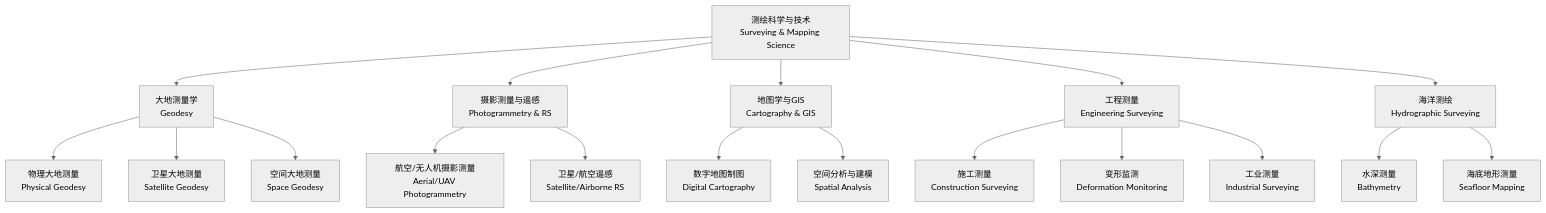
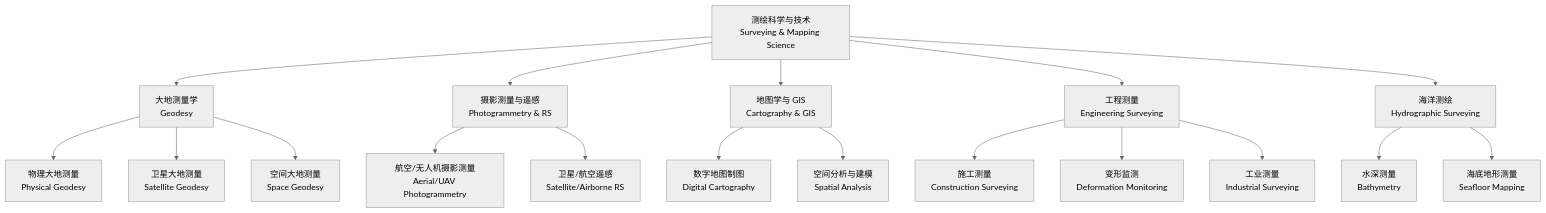
The diagram in 04_EngineeringAndTechnology/SurveyingAndMappingScience/SurveyingAndMappingScience.md (Tianshang301/TianshangKnowledgeBase), drawn with Mermaid (neutral theme) before and after one commit. The commit also changed other lines of this file and 2257 other files, not shown here.

````diff
--- a/04_EngineeringAndTechnology/SurveyingAndMappingScience/SurveyingAndMappingScience.md
+++ b/04_EngineeringAndTechnology/SurveyingAndMappingScience/SurveyingAndMappingScience.md
@@ -14,20 +16,20 @@
 ```mermaid
 graph TD
   A[测绘科学与技术<br/>Surveying & Mapping Science] --> B[大地测量学<br/>Geodesy]
   A --> C[摄影测量与遥感<br/>Photogrammetry & RS]
-  A --> D[地图学与GIS<br/>Cartography & GIS]
+  A --> D[地图学与 GIS<br/>Cartography & GIS]
   A --> E[工程测量<br/>Engineering Surveying]
   A --> F[海洋测绘<br/>Hydrographic Surveying]
   B --> G[物理大地测量<br/>Physical Geodesy]
   B --> H[卫星大地测量<br/>Satellite Geodesy]
   B --> I[空间大地测量<br/>Space Geodesy]
   C --> J[航空/无人机摄影测量<br/>Aerial/UAV Photogrammetry]
   C --> K[卫星/航空遥感<br/>Satellite/Airborne RS]
   D --> L[数字地图制图<br/>Digital Cartography]
   D --> M[空间分析与建模<br/>Spatial Analysis]
   E --> N[施工测量<br/>Construction Surveying]
   E --> O[变形监测<br/>Deformation Monitoring]
   E --> P[工业测量<br/>Industrial Surveying]
   F --> Q[水深测量<br/>Bathymetry]
   F --> R[海底地形测量<br/>Seafloor Mapping]
 ```
````
